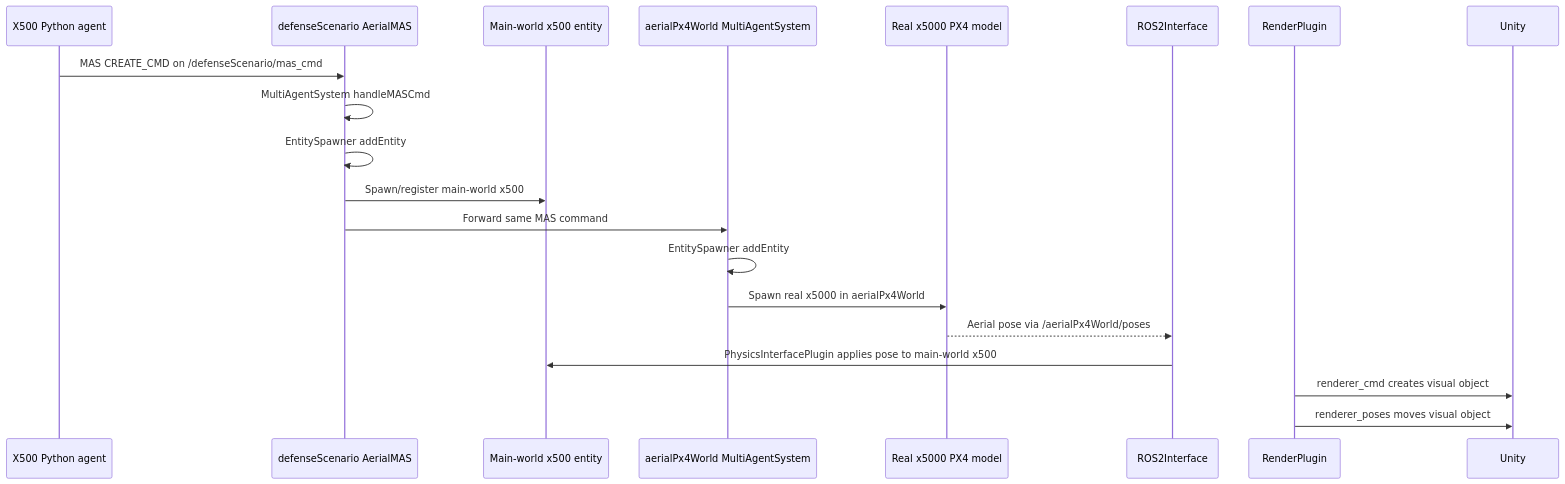
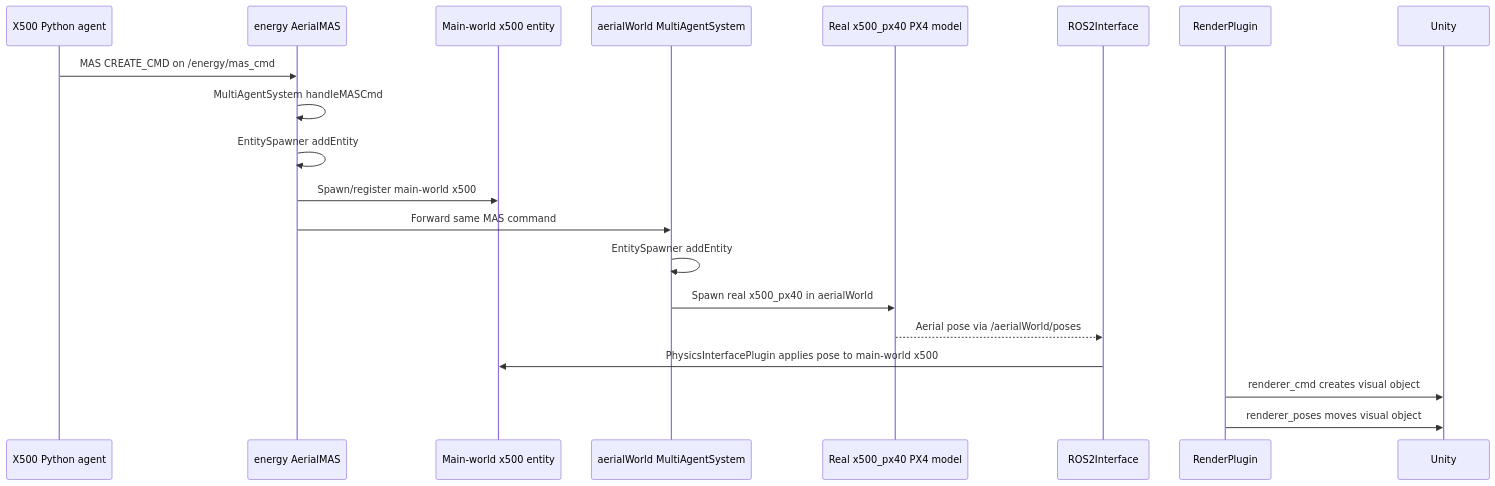
The fourth of 4 diagrams in docs/PX4_Documentation/PX4_Flow_Diagram.md (IRL-Crossing-CNRS/LOTUSim), drawn with Mermaid before and after one commit. The commit also changed other lines of this file and 55 other files, not shown here.

````diff
--- a/docs/PX4_Documentation/PX4_Flow_Diagram.md
+++ b/docs/PX4_Documentation/PX4_Flow_Diagram.md
@@ -126,23 +126,23 @@
 ```mermaid
 sequenceDiagram
     participant XA as X500 Python agent
-    participant AEM as defenseScenario AerialMAS
+    participant AEM as energy AerialMAS
     participant MX as Main-world x500 entity
-    participant AEM2 as aerialPx4World MultiAgentSystem
-    participant RX as Real x5000 PX4 model
+    participant AEM2 as aerialWorld MultiAgentSystem
+    participant RX as Real x500_px40 PX4 model
     participant RI as ROS2Interface
     participant RP as RenderPlugin
     participant U as Unity
 
-    XA->>AEM: MAS CREATE_CMD on /defenseScenario/mas_cmd
+    XA->>AEM: MAS CREATE_CMD on /energy/mas_cmd
     AEM->>AEM: MultiAgentSystem handleMASCmd
     AEM->>AEM: EntitySpawner addEntity
     AEM->>MX: Spawn/register main-world x500
     AEM->>AEM2: Forward same MAS command
     AEM2->>AEM2: EntitySpawner addEntity
-    AEM2->>RX: Spawn real x5000 in aerialPx4World
-    RX-->>RI: Aerial pose via /aerialPx4World/poses
+    AEM2->>RX: Spawn real x500_px40 in aerialWorld
+    RX-->>RI: Aerial pose via /aerialWorld/poses
     RI->>MX: PhysicsInterfacePlugin applies pose to main-world x500
     RP->>U: renderer_cmd creates visual object
     RP->>U: renderer_poses moves visual object
 ```
````
